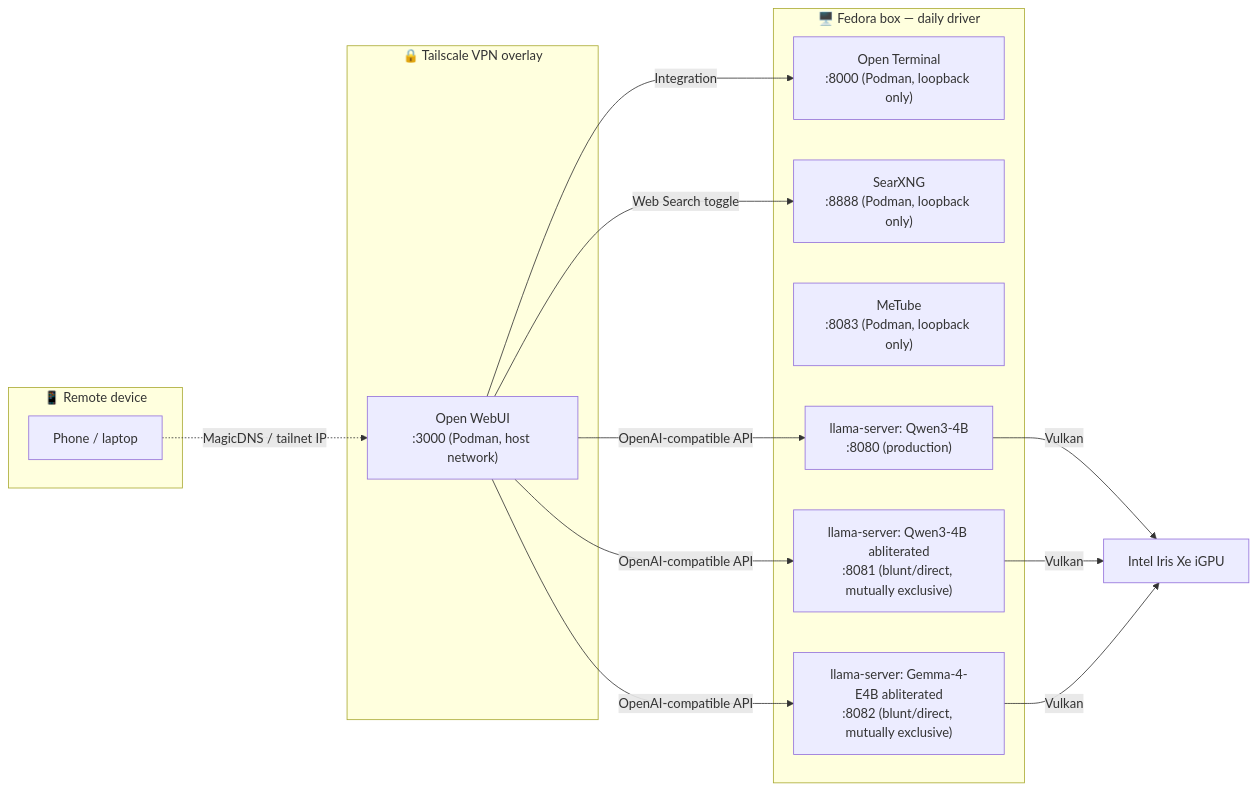
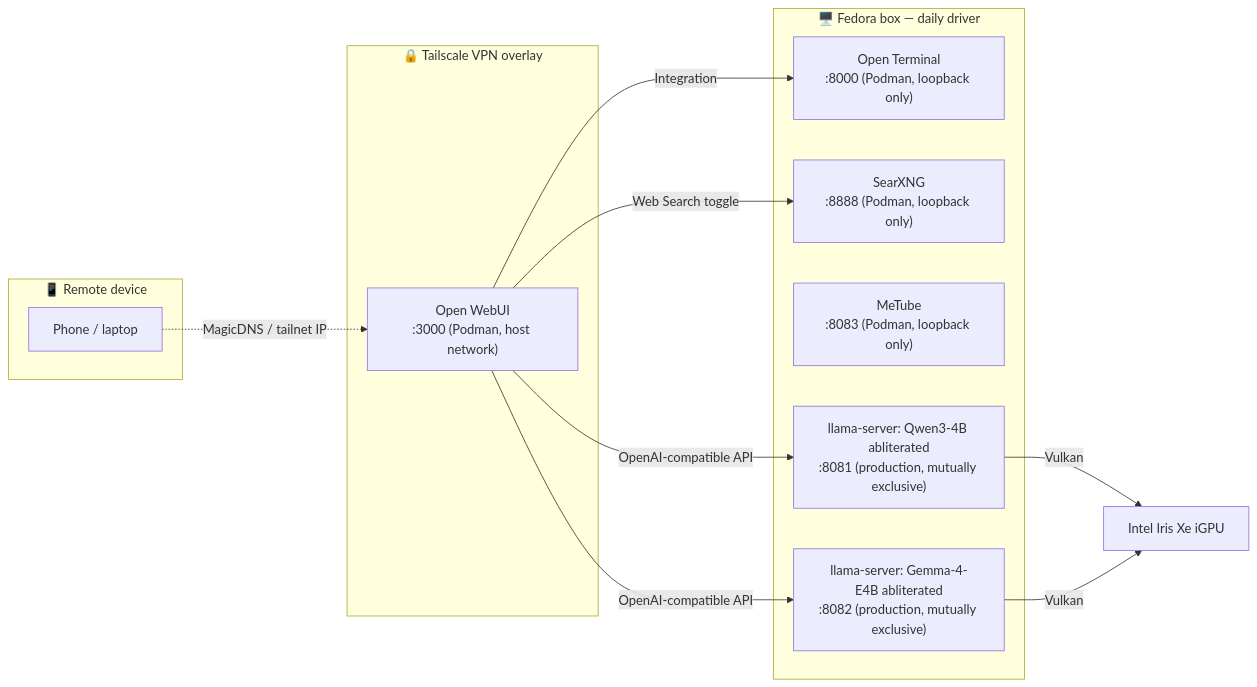
Before and after one commit to onkarbadve/LocalAI: the diagram in docs/architecture.md, drawn with Mermaid. The commit also changed other lines of this file and 15 other files, not shown here.

````diff
--- a/docs/architecture.md
+++ b/docs/architecture.md
@@ -5,30 +5,27 @@
 ```mermaid
 flowchart LR
     subgraph Remote["📱 Remote device"]
         Phone[Phone / laptop]
     end
 
     subgraph Tailnet["🔒 Tailscale VPN overlay"]
         Phone -.->|MagicDNS / tailnet IP| WebUI
     end
 
     subgraph Fedora["🖥️ Fedora box — daily driver"]
         WebUI["Open WebUI<br/>:3000 (Podman, host network)"]
         Term["Open Terminal<br/>:8000 (Podman, loopback only)"]
         Search["SearXNG<br/>:8888 (Podman, loopback only)"]
         MeTube["MeTube<br/>:8083 (Podman, loopback only)"]
-        Qwen["llama-server: Qwen3-4B<br/>:8080 (production)"]
-        QwenU["llama-server: Qwen3-4B abliterated<br/>:8081 (blunt/direct, mutually exclusive)"]
-        GemmaU["llama-server: Gemma-4-E4B abliterated<br/>:8082 (blunt/direct, mutually exclusive)"]
+        QwenU["llama-server: Qwen3-4B abliterated<br/>:8081 (production, mutually exclusive)"]
+        GemmaU["llama-server: Gemma-4-E4B abliterated<br/>:8082 (production, mutually exclusive)"]
 
-        WebUI -->|OpenAI-compatible API| Qwen
         WebUI -->|OpenAI-compatible API| QwenU
         WebUI -->|OpenAI-compatible API| GemmaU
         WebUI -->|Integration| Term
         WebUI -->|Web Search toggle| Search
     end
 
-    Qwen -->|Vulkan| GPU["Intel Iris Xe iGPU"]
-    QwenU -->|Vulkan| GPU
+    QwenU -->|Vulkan| GPU["Intel Iris Xe iGPU"]
     GemmaU -->|Vulkan| GPU
 ```
````
